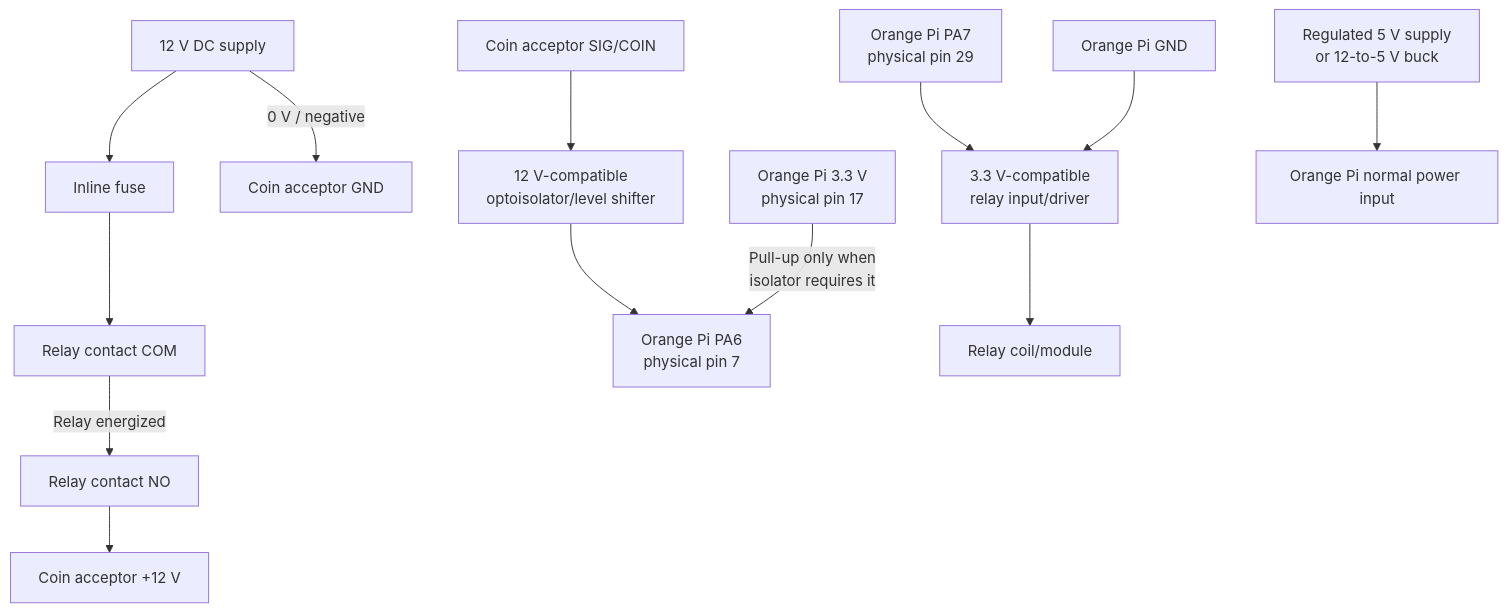
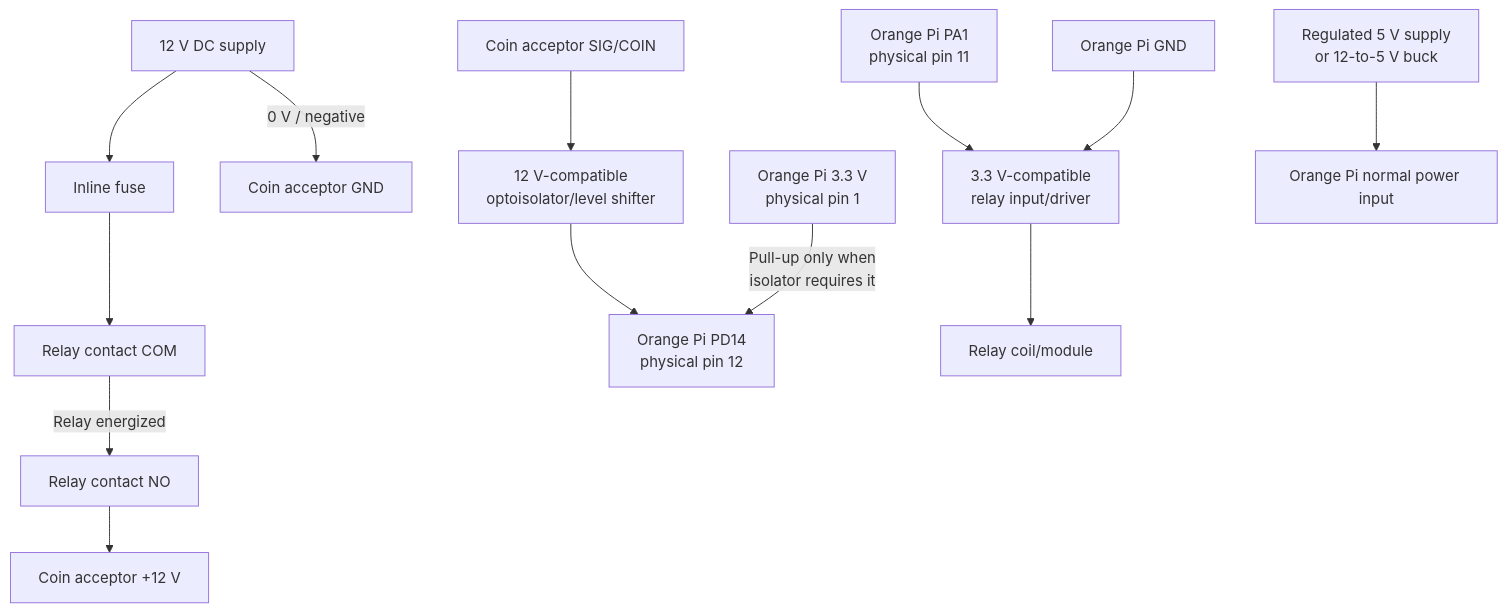
The second of 2 diagrams in ORANGE_PI_PC_SETUP.md (fglend/Piso-WiFi), drawn with Mermaid before and after one commit. The commit also changed other lines of this file, not shown here.

Commit message:
fix: update GPIO pin references and clarify wiring instructions in Orange Pi setup guide

````diff
--- a/ORANGE_PI_PC_SETUP.md
+++ b/ORANGE_PI_PC_SETUP.md
@@ -164,18 +200,18 @@
 ```mermaid
 flowchart TB
     PSU12[12 V DC supply] --> FUSE[Inline fuse]
     FUSE --> COM[Relay contact COM]
     COM -->|Relay energized| NO[Relay contact NO]
     NO --> ACCP[Coin acceptor +12 V]
     PSU12 -->|0 V / negative| ACCG[Coin acceptor GND]
 
     ACCS[Coin acceptor SIG/COIN] --> CONDITION[12 V-compatible\noptoisolator/level shifter]
-    CONDITION --> PA6[Orange Pi PA6\nphysical pin 7]
-    V33[Orange Pi 3.3 V\nphysical pin 17] -->|Pull-up only when\nisolator requires it| PA6
+    CONDITION --> PD14[Orange Pi PD14\nphysical pin 12]
+    V33[Orange Pi 3.3 V\nphysical pin 1] -->|Pull-up only when\nisolator requires it| PD14
 
-    PA7[Orange Pi PA7\nphysical pin 29] --> DRIVER[3.3 V-compatible\nrelay input/driver]
+    PA1[Orange Pi PA1\nphysical pin 11] --> DRIVER[3.3 V-compatible\nrelay input/driver]
     DRIVER --> RELAY[Relay coil/module]
     GND[Orange Pi GND] --> DRIVER
 
     PSU5[Regulated 5 V supply\nor 12-to-5 V buck] --> OPCPWR[Orange Pi normal power input]
 ```
````
